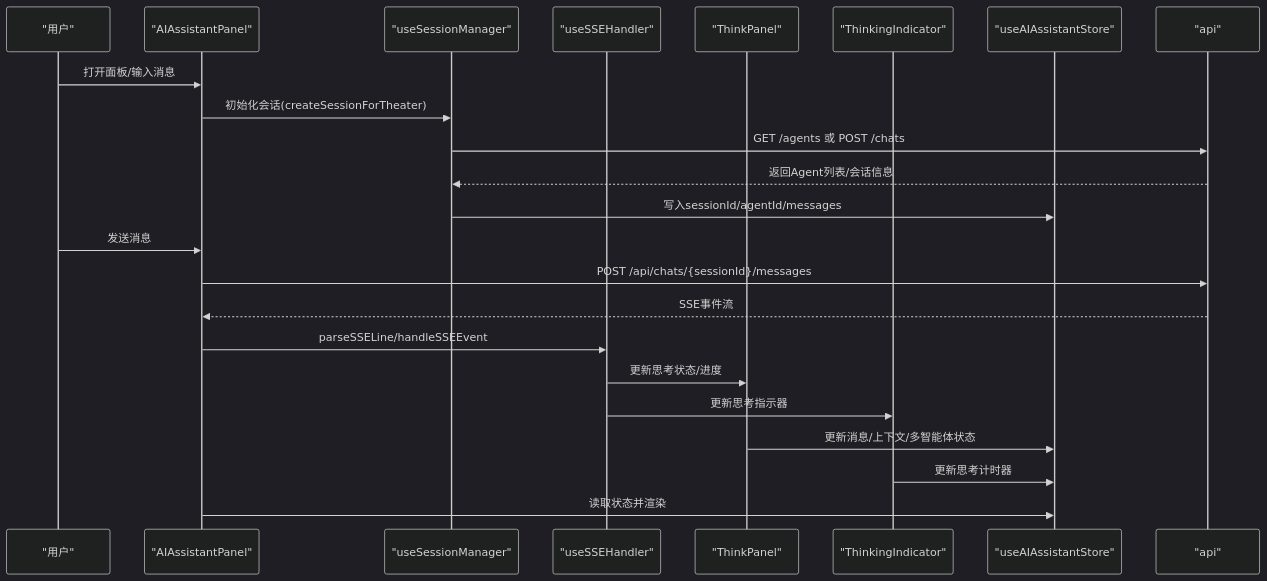
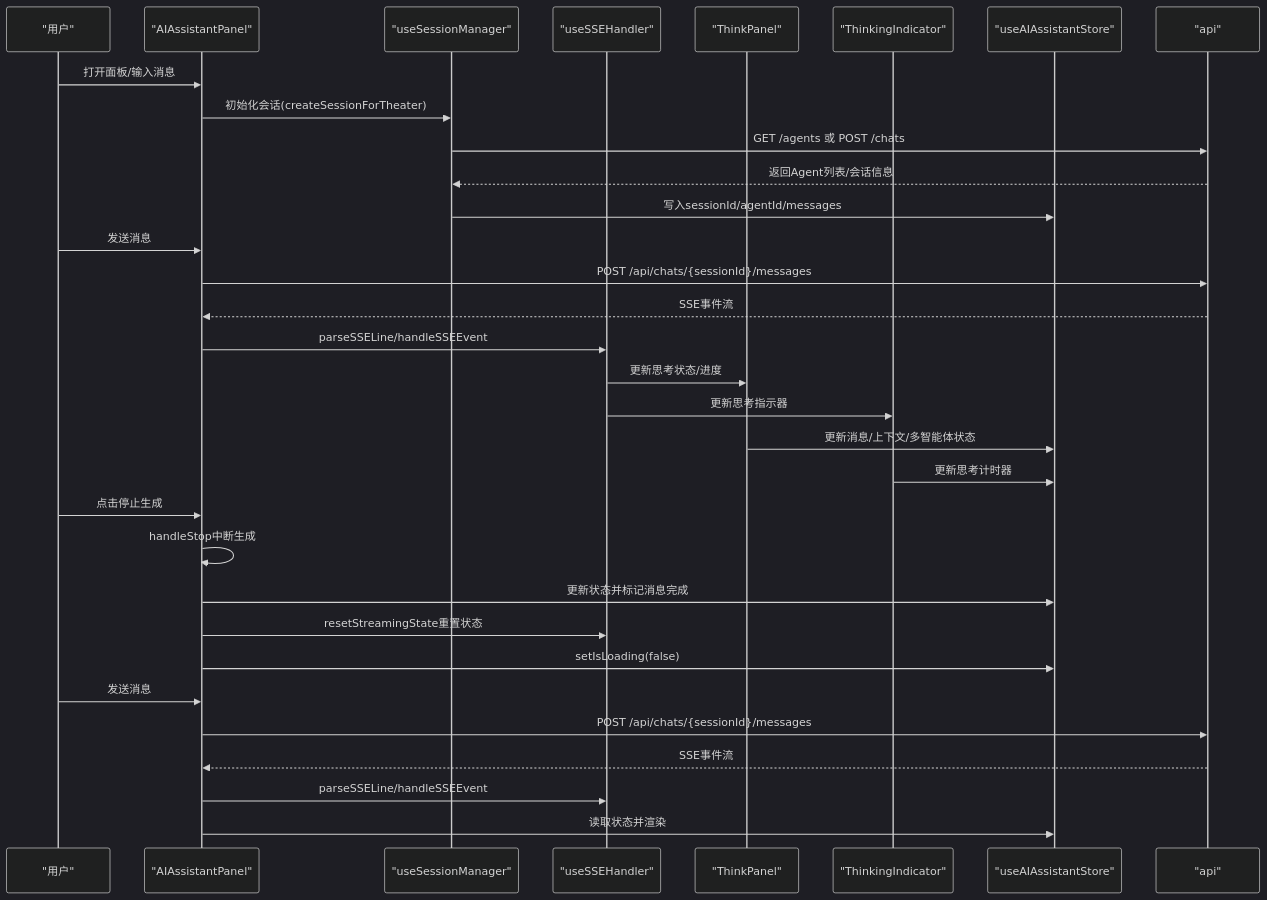
Before and after one commit to KunLabAI/KunFlix: the second of 13 diagrams in .qoder/repowiki/zh/content/前端组件系统/AI助手组件/AI助手面板.md, drawn with Mermaid (dark theme). The commit also changed other lines of this file and 15 other files, not shown here.

````diff
--- a/.qoder/repowiki/zh/content/前端组件系统/AI助手组件/AI助手面板.md
+++ b/.qoder/repowiki/zh/content/前端组件系统/AI助手组件/AI助手面板.md
@@ -141,25 +141,34 @@
 ```mermaid
 sequenceDiagram
 participant U as "用户"
 participant P as "AIAssistantPanel"
 participant S as "useSessionManager"
 participant SSE as "useSSEHandler"
 participant TP as "ThinkPanel"
 participant TI as "ThinkingIndicator"
 participant Z as "useAIAssistantStore"
 participant API as "api"
 U->>P : 打开面板/输入消息
 P->>S : 初始化会话(createSessionForTheater)
 S->>API : GET /agents 或 POST /chats
 API-->>S : 返回Agent列表/会话信息
 S->>Z : 写入sessionId/agentId/messages
 U->>P : 发送消息
 P->>API : POST /api/chats/{sessionId}/messages
 API-->>P : SSE事件流
 P->>SSE : parseSSELine/handleSSEEvent
 SSE->>TP : 更新思考状态/进度
 SSE->>TI : 更新思考指示器
 TP->>Z : 更新消息/上下文/多智能体状态
 TI->>Z : 更新思考计时器
+U->>P : 点击停止生成
+P->>P : handleStop中断生成
+P->>Z : 更新状态并标记消息完成
+P->>SSE : resetStreamingState重置状态
+P->>Z : setIsLoading(false)
+U->>P : 发送消息
+P->>API : POST /api/chats/{sessionId}/messages
+API-->>P : SSE事件流
+P->>SSE : parseSSELine/handleSSEEvent
 P->>Z : 读取状态并渲染
 ```
````
